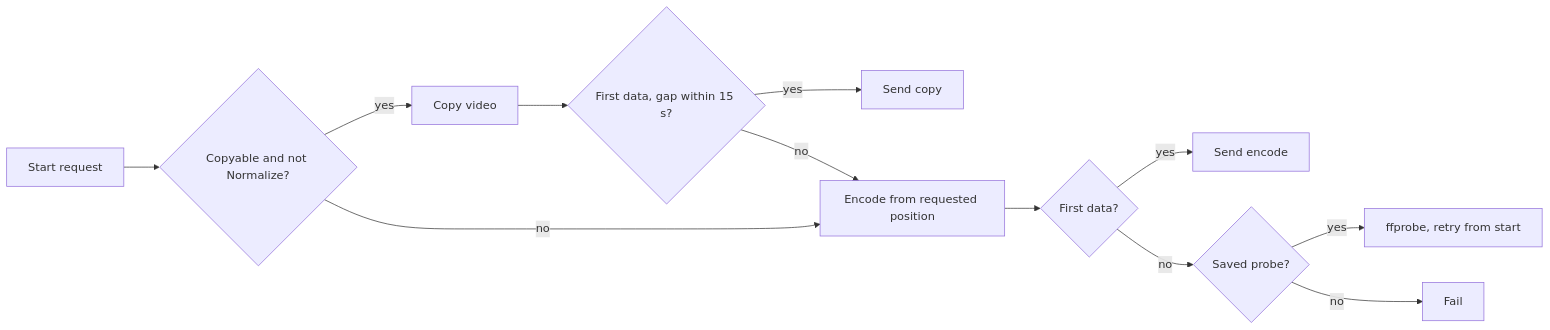
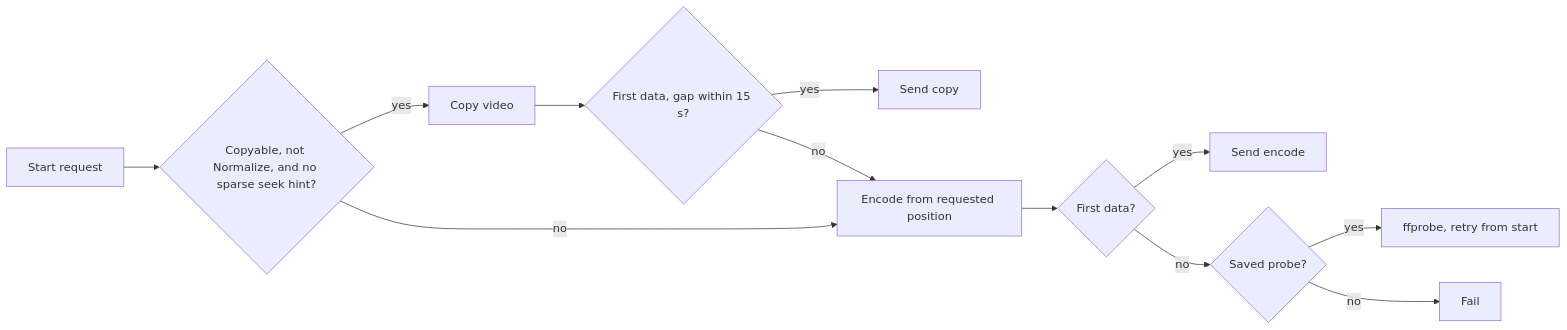
The fourth of 6 diagrams in docs/design-docs/live-transcode-seek.md (syudead/vv), drawn with Mermaid before and after one commit. The commit also changed other lines of this file and 23 other files, not shown here.

````diff
--- a/docs/design-docs/live-transcode-seek.md
+++ b/docs/design-docs/live-transcode-seek.md
@@ -102,14 +103,14 @@
 ```mermaid
 flowchart LR
-  req[Start request] --> can{Copyable and not Normalize?}
+  req[Start request] --> can{Copyable, not Normalize, and no sparse seek hint?}
   can -->|yes| copy[Copy video]
   copy --> ok{First data, gap within 15 s?}
   ok -->|yes| send[Send copy]
   can -->|no| enc[Encode from requested position]
   ok -->|no| enc
   enc --> eok{First data?}
   eok -->|yes| sendenc[Send encode]
   eok -->|no| saved{Saved probe?}
   saved -->|yes| reprobe[ffprobe, retry from start]
   saved -->|no| fail[Fail]
 ```
````
